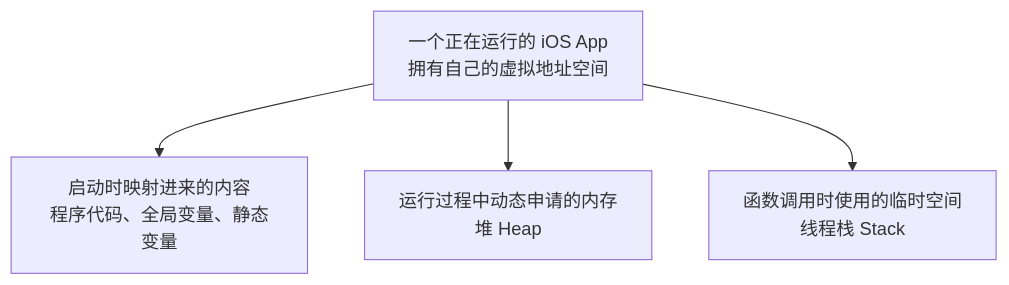
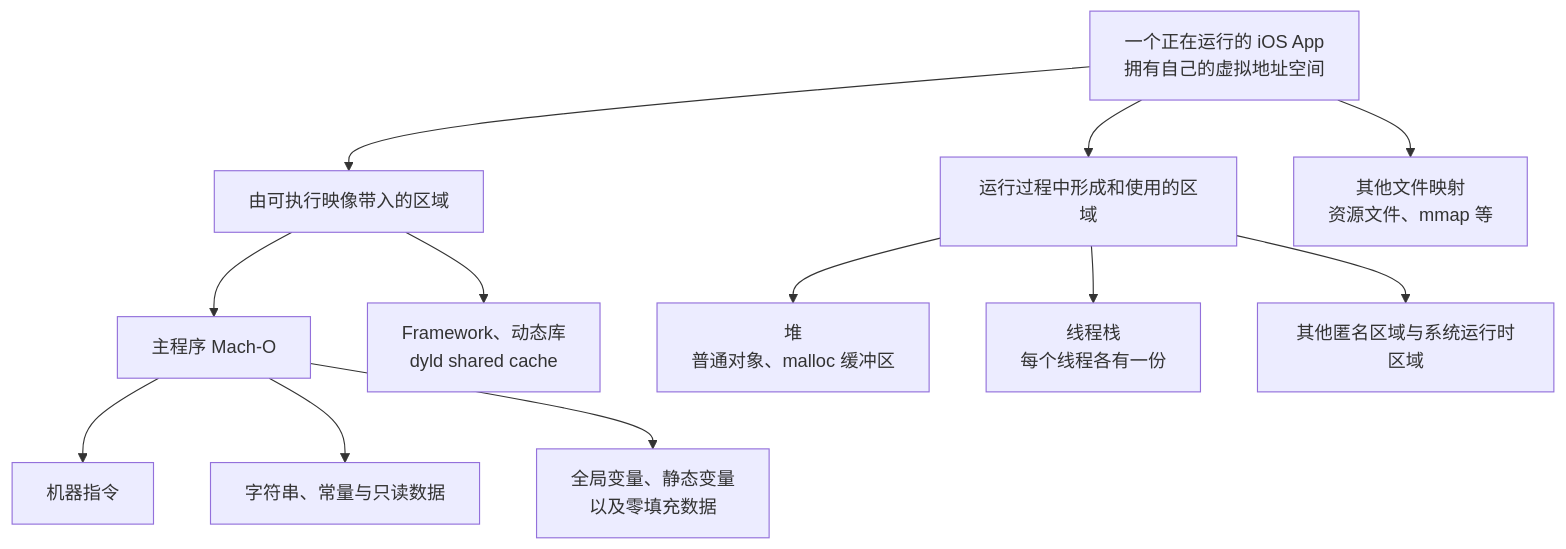
The first of 2 diagrams in iOS/20 专题笔记/内存管理/iOS 内存地图：从虚拟地址空间到堆与栈.md (tommywutong/obsidian-notes), drawn with Mermaid before and after one commit. The commit also changed other lines of this file and 2 other files, not shown here.

````diff
--- a/iOS/20 专题笔记/内存管理/iOS 内存地图：从虚拟地址空间到堆与栈.md
+++ b/iOS/20 专题笔记/内存管理/iOS 内存地图：从虚拟地址空间到堆与栈.md
@@ -114,8 +111,19 @@
 ```mermaid
 flowchart TB
     APP["一个正在运行的 iOS App<br/>拥有自己的虚拟地址空间"]
 
-    APP --> MACHO["启动时映射进来的内容<br/>程序代码、全局变量、静态变量"]
-    APP --> HEAP["运行过程中动态申请的内存<br/>堆 Heap"]
-    APP --> STACK["函数调用时使用的临时空间<br/>线程栈 Stack"]
+    APP --> IMAGES["由可执行映像带入的区域"]
+    IMAGES --> MAIN["主程序 Mach-O"]
+    IMAGES --> LIBS["Framework、动态库<br/>dyld shared cache"]
+
+    MAIN --> CODE["机器指令"]
+    MAIN --> CONST["字符串、常量与只读数据"]
+    MAIN --> GLOBAL["全局变量、静态变量<br/>以及零填充数据"]
+
+    APP --> RUNTIME["运行过程中形成和使用的区域"]
+    RUNTIME --> HEAP["堆<br/>普通对象、malloc 缓冲区"]
+    RUNTIME --> STACKS["线程栈<br/>每个线程各有一份"]
+    RUNTIME --> OTHER["其他匿名区域与系统运行时区域"]
+
+    APP --> MAPPED["其他文件映射<br/>资源文件、mmap 等"]
 ```
````
